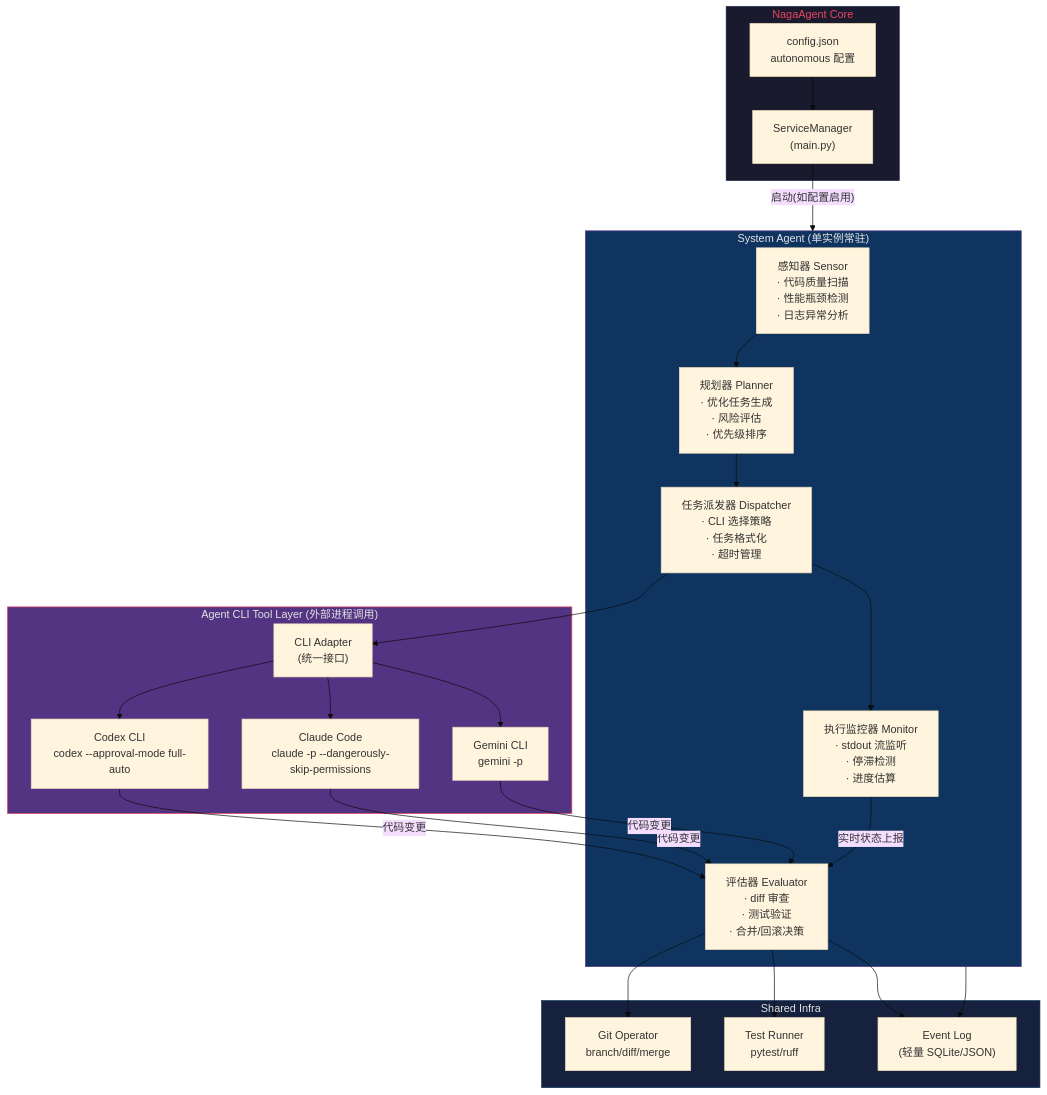
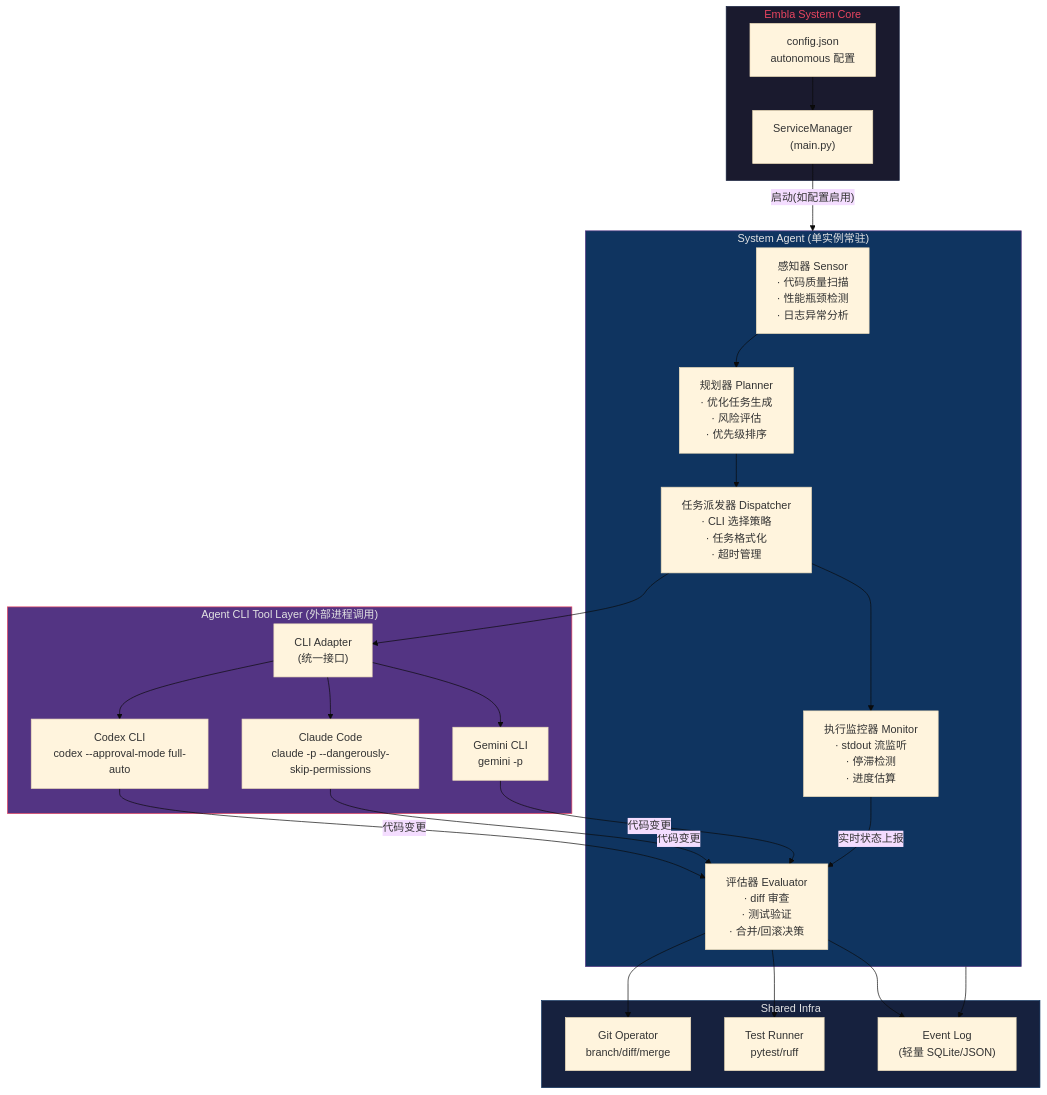
Before and after one commit to Yidhar/Embla_System: the first of 7 diagrams in doc/00-mvp-architecture-design.md, drawn with Mermaid (base theme). The commit also changed other lines of this file and 64 other files, not shown here.

Commit message:
docs(repo): refresh Embla architecture and handoff notes

````diff
--- a/doc/00-mvp-architecture-design.md
+++ b/doc/00-mvp-architecture-design.md
@@ -52,55 +52,55 @@
 ```mermaid
 flowchart TB
-    subgraph Core["NagaAgent Core"]
+    subgraph Core["Embla System Core"]
         SM["ServiceManager<br/>(main.py)"]
         Config["config.json<br/>autonomous 配置"]
     end
 
     subgraph SA["System Agent (单实例常驻)"]
         Sensor["感知器 Sensor<br/>· 代码质量扫描<br/>· 性能瓶颈检测<br/>· 日志异常分析"]
         Planner["规划器 Planner<br/>· 优化任务生成<br/>· 风险评估<br/>· 优先级排序"]
         Dispatcher["任务派发器 Dispatcher<br/>· CLI 选择策略<br/>· 任务格式化<br/>· 超时管理"]
         Monitor["执行监控器 Monitor<br/>· stdout 流监听<br/>· 停滞检测<br/>· 进度估算"]
         Evaluator["评估器 Evaluator<br/>· diff 审查<br/>· 测试验证<br/>· 合并/回滚决策"]
     end
 
     subgraph CLI["Agent CLI Tool Layer (外部进程调用)"]
         Adapter["CLI Adapter<br/>(统一接口)"]
         Codex["Codex CLI<br/>codex --approval-mode full-auto"]
         Claude["Claude Code<br/>claude -p --dangerously-skip-permissions"]
         Gemini["Gemini CLI<br/>gemini -p"]
     end
 
     subgraph Tools["Shared Infra"]
         Git["Git Operator<br/>branch/diff/merge"]
         TestRunner["Test Runner<br/>pytest/ruff"]
         EventLog["Event Log<br/>(轻量 SQLite/JSON)"]
     end
 
     SM -->|"启动(如配置启用)"| SA
     Config --> SM
 
     Sensor --> Planner
     Planner --> Dispatcher
     Dispatcher --> Adapter
     Adapter --> Codex
     Adapter --> Claude
     Adapter --> Gemini
     Dispatcher --> Monitor
     Monitor -->|"实时状态上报"| Evaluator
 
     Codex -->|"代码变更"| Evaluator
     Claude -->|"代码变更"| Evaluator
     Gemini -->|"代码变更"| Evaluator
 
     Evaluator --> Git
     Evaluator --> TestRunner
     Evaluator --> EventLog
 
     SA --> EventLog
 
     style Core fill:#1a1a2e,stroke:#16213e,color:#e94560
     style SA fill:#0f3460,stroke:#533483,color:#e2e2e2
     style CLI fill:#533483,stroke:#e94560,color:#e2e2e2
     style Tools fill:#16213e,stroke:#0f3460,color:#e2e2e2
 ```
````
